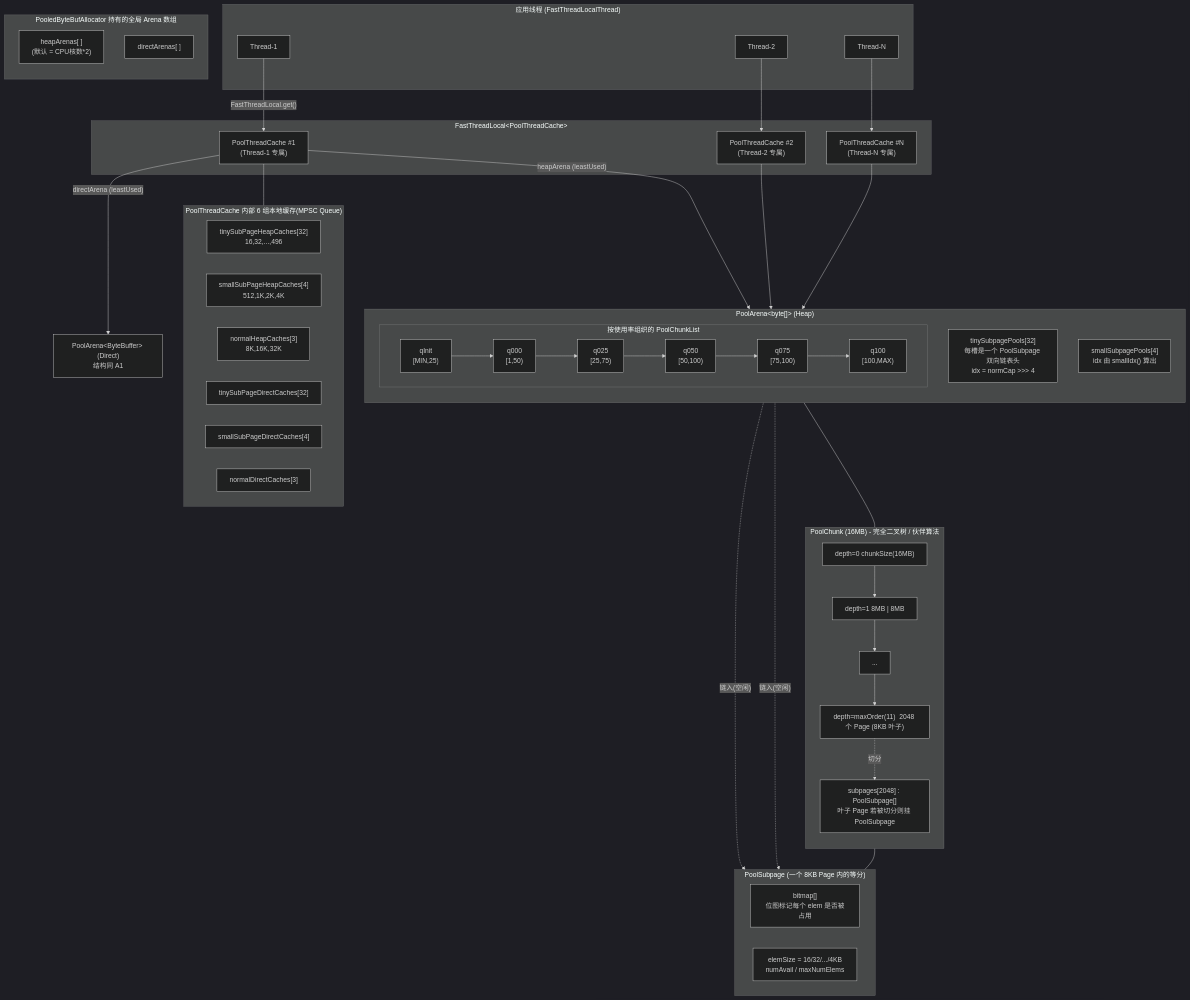
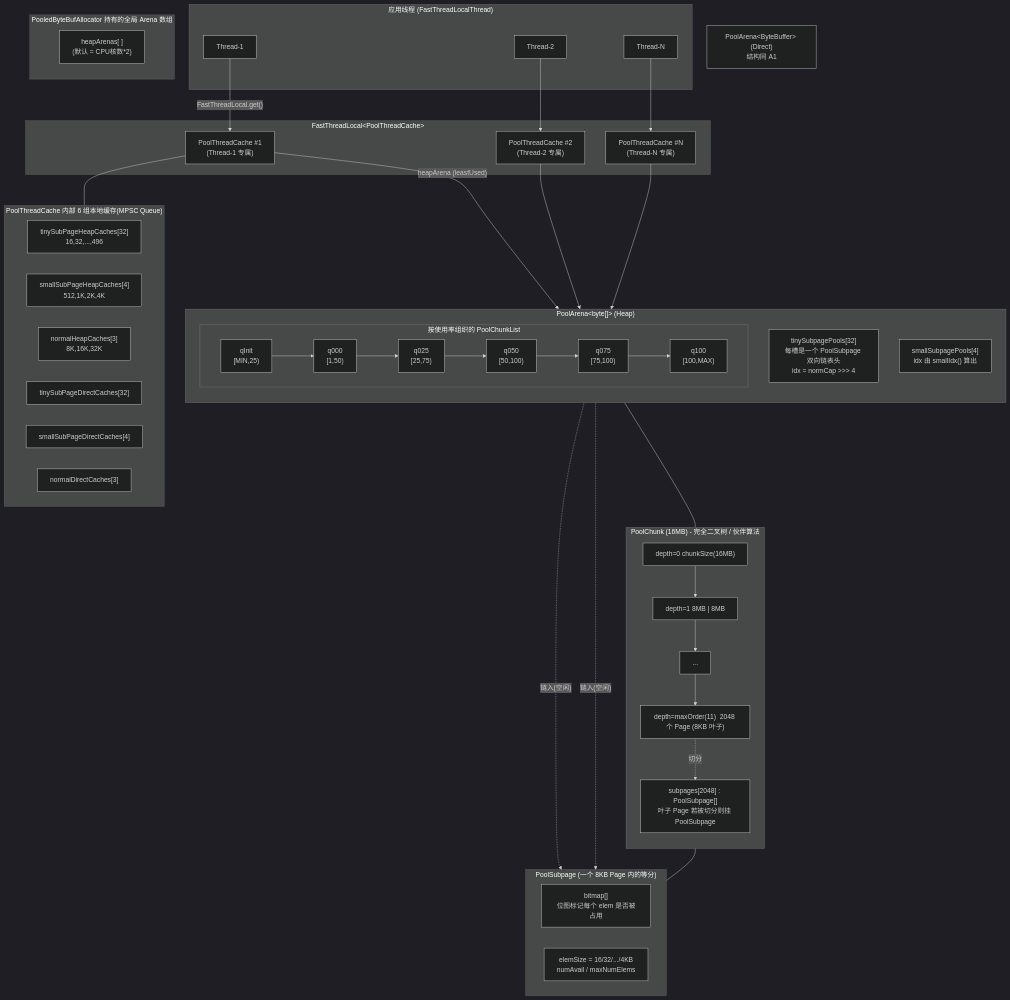
Before and after one commit to al2wyw/sourceCode_utilityDemo_designPattern: the first of 5 diagrams in demo/src/main/java/netty/netty_buffer_pool.md, drawn with Mermaid (dark theme). The commit also changed other lines of this file, not shown here.

````diff
--- a/demo/src/main/java/netty/netty_buffer_pool.md
+++ b/demo/src/main/java/netty/netty_buffer_pool.md
@@ -44,74 +44,72 @@
 ```mermaid
 flowchart TB
     subgraph THREADS["应用线程 (FastThreadLocalThread)"]
         T1["Thread-1"]
         T2["Thread-2"]
         T3["Thread-N"]
     end
 
     subgraph TLC["FastThreadLocal&lt;PoolThreadCache&gt;"]
         PTC1["PoolThreadCache #1<br/>(Thread-1 专属)"]
         PTC2["PoolThreadCache #2<br/>(Thread-2 专属)"]
         PTC3["PoolThreadCache #N<br/>(Thread-N 专属)"]
     end
 
     T1 -- "FastThreadLocal.get()" --> PTC1
     T2 --> PTC2
     T3 --> PTC3
 
     subgraph CACHE["PoolThreadCache 内部 6 组本地缓存(MPSC Queue)"]
         direction LR
         C_TH["tinySubPageHeapCaches[32]<br/>16,32,...,496"]
         C_SH["smallSubPageHeapCaches[4]<br/>512,1K,2K,4K"]
         C_NH["normalHeapCaches[3]<br/>8K,16K,32K"]
         C_TD["tinySubPageDirectCaches[32]"]
         C_SD["smallSubPageDirectCaches[4]"]
         C_ND["normalDirectCaches[3]"]
     end
     PTC1 --- CACHE
 
     subgraph ARENAS["PooledByteBufAllocator 持有的全局 Arena 数组"]
         direction TB
         HA["heapArenas[ ]<br/>(默认 = CPU核数*2)"]
-        DA["directArenas[ ]"]
     end
 
     PTC1 -- "heapArena (leastUsed)" --> A1
-    PTC1 -- "directArena (leastUsed)" --> A2
     PTC2 --> A1
     PTC3 --> A1
 
     subgraph A1["PoolArena&lt;byte[]&gt;  (Heap)"]
         direction TB
         TSP["tinySubpagePools[32]<br/>每槽是一个 PoolSubpage 双向链表头<br/>idx = normCap >>> 4"]
         SSP["smallSubpagePools[4]<br/>idx 由 smallIdx() 算出"]
         subgraph CHUNKLISTS["按使用率组织的 PoolChunkList"]
             direction LR
             QI["qInit<br/>[MIN,25)"] --> Q0["q000<br/>[1,50)"] --> Q25["q025<br/>[25,75)"] --> Q50["q050<br/>[50,100)"] --> Q75["q075<br/>[75,100)"] --> Q100["q100<br/>[100,MAX)"]
         end
     end
 
     A2["PoolArena&lt;ByteBuffer&gt; (Direct)<br/>结构同 A1"]
 
     subgraph CHUNK["PoolChunk (16MB) - 完全二叉树 / 伙伴算法"]
         direction TB
         ROOT["depth=0  chunkSize(16MB)"]
         L1["depth=1  8MB | 8MB"]
         DOTS["..."]
         LEAF["depth=maxOrder(11)  2048 个 Page (8KB 叶子)"]
         ROOT --> L1 --> DOTS --> LEAF
         SUBPAGES["subpages[2048] : PoolSubpage[]<br/>叶子 Page 若被切分则挂 PoolSubpage"]
         LEAF -.切分.-> SUBPAGES
     end
 
     Q25 --- CHUNK
 
     subgraph SP["PoolSubpage (一个 8KB Page 内的等分)"]
         BITMAP["bitmap[]<br/>位图标记每个 elem 是否被占用"]
         ELEMS["elemSize = 16/32/.../4KB<br/>numAvail / maxNumElems"]
     end
 
     TSP -. "链入(空闲)" .-> SP
     SSP -. "链入(空闲)" .-> SP
     SUBPAGES --- SP
 ```
````
